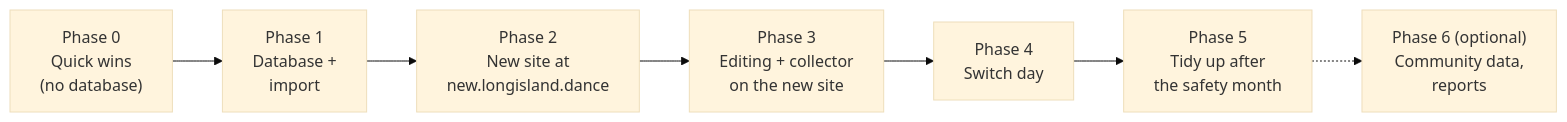
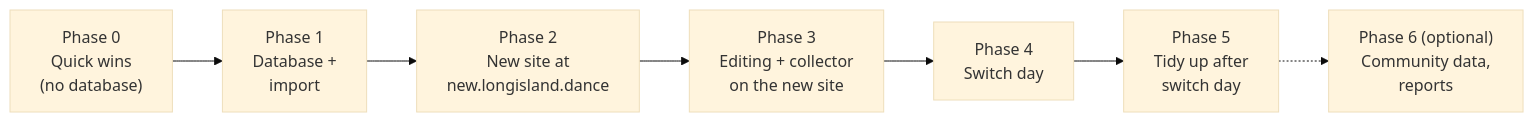
One commit to michaelsrichter/long-island-dance-events changed the sixth of 6 diagrams in docs/proposals/postgres-live-site.md. Above: the diagram before and after it, drawn with Mermaid (base theme). The commit also changed other lines of this file and 31 other files, not shown here.

````diff
--- a/docs/proposals/postgres-live-site.md
+++ b/docs/proposals/postgres-live-site.md
@@ -398,9 +398,9 @@
 ```mermaid
 flowchart LR
   P0["Phase 0<br/>Quick wins<br/>(no database)"] --> P1["Phase 1<br/>Database +<br/>import"]
   P1 --> P2["Phase 2<br/>New site at<br/>new.longisland.dance"]
   P2 --> P3["Phase 3<br/>Editing + collector<br/>on the new site"]
   P3 --> P4["Phase 4<br/>Switch day"]
-  P4 --> P5["Phase 5<br/>Tidy up after<br/>the safety month"]
+  P4 --> P5["Phase 5<br/>Tidy up after<br/>switch day"]
   P5 -.-> P6["Phase 6 (optional)<br/>Community data,<br/>reports"]
 ```
````
